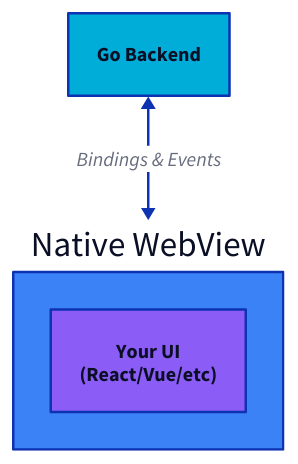
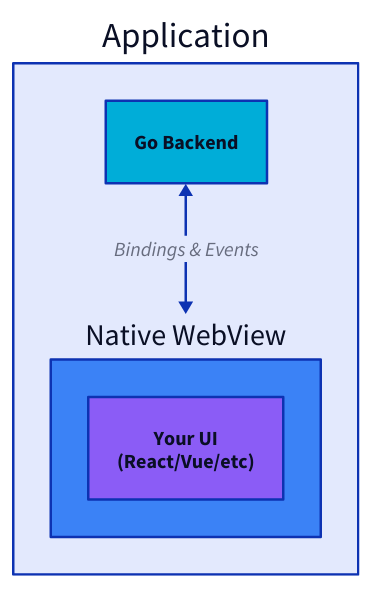
Before and after one commit to wailsapp/wails: the diagram in docs/src/content/docs/quick-start/why-wails.mdx, drawn with D2. The commit also changed other lines of this file and 4 other files, not shown here.

First line of the commit message:
docs: Enhance migration guide and architecture documentation

````diff
--- a/docs/src/content/docs/quick-start/why-wails.mdx
+++ b/docs/src/content/docs/quick-start/why-wails.mdx
@@ -79,23 +82,24 @@
 ```d2
 direction: down
 
+Application: {
 Go: "Go Backend" {
   shape: rectangle
   style.fill: "#00ADD8"
 }
-
 WebView: "Native WebView" {
   shape: rectangle
   style.fill: "#3B82F6"
 
     Frontend: "Your UI\n(React/Vue/etc)" {
       shape: rectangle
       style.fill: "#8B5CF6"
     }
 
 }
+Go <-> WebView: "Bindings & Events"
+}
 
 
 
-Go <-> WebView: "Bindings & Events"
 ```
````
